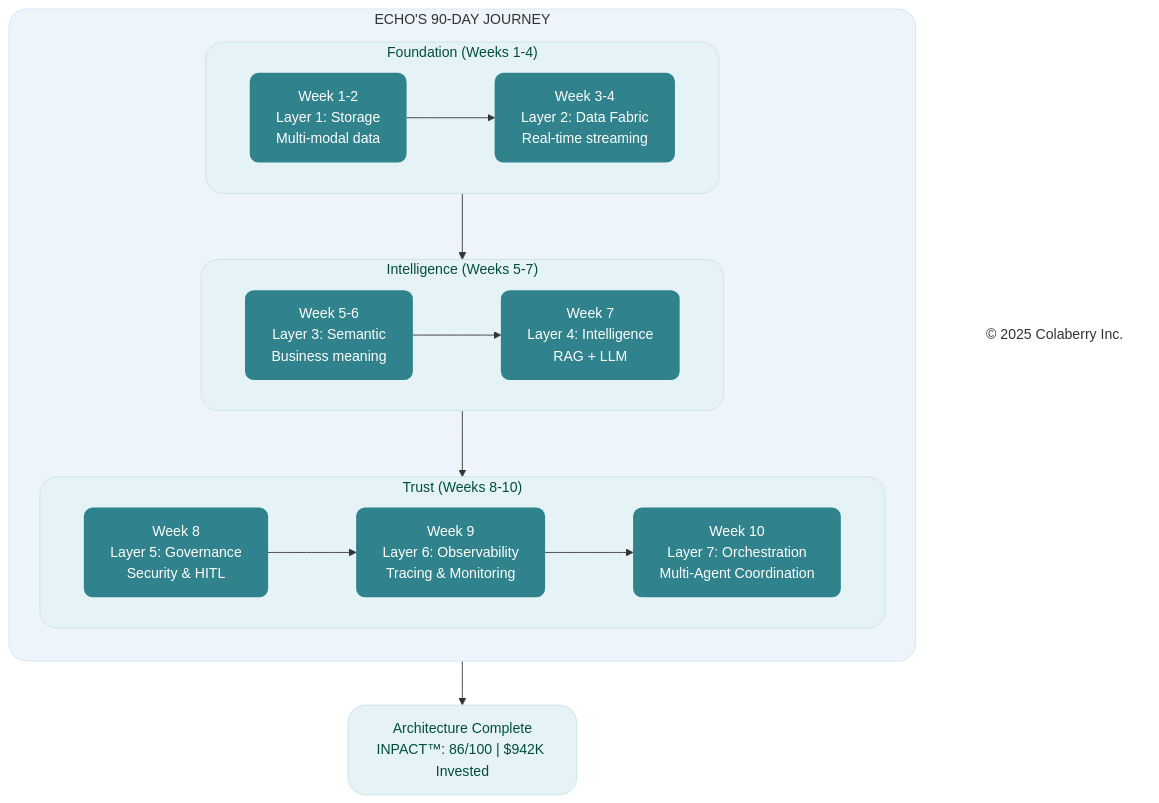
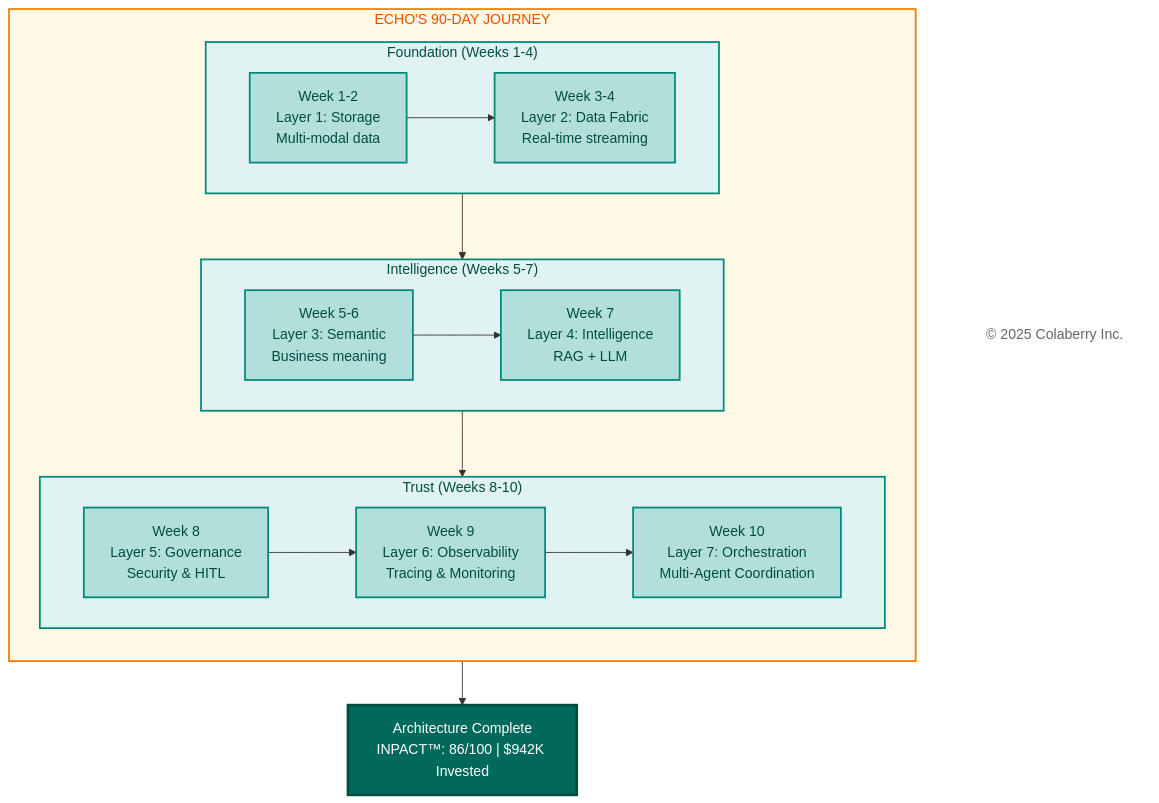
One commit to saitejesh-cyber/trust-before-intelligence-book changed the third of 14 diagrams in manuscript/08_chapter_7_goals_framework.md. Above: the diagram before and after it, drawn with Mermaid. The commit also changed other lines of this file and 12 other files, not shown here.

Commit message:
Restore legacy Mermaid styles for Option 1

````diff
--- a/manuscript/08_chapter_7_goals_framework.md
+++ b/manuscript/08_chapter_7_goals_framework.md
@@ -267,49 +267,49 @@
 ```mermaid
 
 graph TB
     subgraph JOURNEY["ECHO'S 90-DAY JOURNEY"]
         direction TB
         subgraph PHASE1["Foundation (Weeks 1-4)"]
             direction LR
             W1["Week 1-2<br/>Layer 1: Storage<br/>Multi-modal data"]
             W2["Week 3-4<br/>Layer 2: Data Fabric<br/>Real-time streaming"]
             W1 --> W2
         end
         
         subgraph PHASE2["Intelligence (Weeks 5-7)"]
             direction LR
             W3["Week 5-6<br/>Layer 3: Semantic<br/>Business meaning"]
             W4["Week 7<br/>Layer 4: Intelligence<br/>RAG + LLM"]
             W3 --> W4
         end
         
         subgraph PHASE3["Trust (Weeks 8-10)"]
             direction LR
             W5["Week 8<br/>Layer 5: Governance<br/>Security & HITL"]
             W6["Week 9<br/>Layer 6: Observability<br/>Tracing & Monitoring"]
             W7["Week 10<br/>Layer 7: Orchestration<br/>Multi-Agent Coordination"]
             W5 --> W6 --> W7
         end
     end
     
     COMPLETE["Architecture Complete<br/>INPACT™: 86/100 | $942K Invested"]
     
     Copyright["© 2025 Colaberry Inc."]
     
     PHASE1 --> PHASE2 --> PHASE3 --> COMPLETE
     
-    style JOURNEY fill:#edf4fa,stroke:#d6e4f2,stroke-width:1px,color:#333333,rx:20,ry:20
-    style PHASE1 fill:#e6f3f6,stroke:#c7e3ea,stroke-width:1px,color:#004d40,rx:20,ry:20
-    style PHASE2 fill:#e6f3f6,stroke:#c7e3ea,stroke-width:1px,color:#004d40,rx:20,ry:20
-    style PHASE3 fill:#e6f3f6,stroke:#c7e3ea,stroke-width:1px,color:#004d40,rx:20,ry:20
-    style W1 fill:#30838C,stroke:none,color:#ffffff,rx:10,ry:10
-    style W2 fill:#30838C,stroke:none,color:#ffffff,rx:10,ry:10
-    style W3 fill:#30838C,stroke:none,color:#ffffff,rx:10,ry:10
-    style W4 fill:#30838C,stroke:none,color:#ffffff,rx:10,ry:10
-    style W5 fill:#30838C,stroke:none,color:#ffffff,rx:10,ry:10
-    style W6 fill:#30838C,stroke:none,color:#ffffff,rx:10,ry:10
-    style W7 fill:#30838C,stroke:none,color:#ffffff,rx:10,ry:10
-    style COMPLETE fill:#e6f3f6,stroke:#c7e3ea,stroke-width:1px,color:#004d40,rx:20,ry:20
-    style Copyright fill:none,stroke:none,color:#333333
+    style JOURNEY fill:#fff9e6,stroke:#f57c00,stroke-width:2px,color:#e65100
+    style PHASE1 fill:#e0f2f1,stroke:#00897b,stroke-width:2px,color:#004d40
+    style PHASE2 fill:#e0f2f1,stroke:#00897b,stroke-width:2px,color:#004d40
+    style PHASE3 fill:#e0f2f1,stroke:#00897b,stroke-width:2px,color:#004d40
+    style W1 fill:#b2dfdb,stroke:#00897b,stroke-width:2px,color:#004d40
+    style W2 fill:#b2dfdb,stroke:#00897b,stroke-width:2px,color:#004d40
+    style W3 fill:#b2dfdb,stroke:#00897b,stroke-width:2px,color:#004d40
+    style W4 fill:#b2dfdb,stroke:#00897b,stroke-width:2px,color:#004d40
+    style W5 fill:#b2dfdb,stroke:#00897b,stroke-width:2px,color:#004d40
+    style W6 fill:#b2dfdb,stroke:#00897b,stroke-width:2px,color:#004d40
+    style W7 fill:#b2dfdb,stroke:#00897b,stroke-width:2px,color:#004d40
+    style COMPLETE fill:#00695c,color:#ffffff,stroke:#004d40,stroke-width:3px
+    style Copyright fill:#ffffff,stroke:none,color:#666666
 
 ```
````
